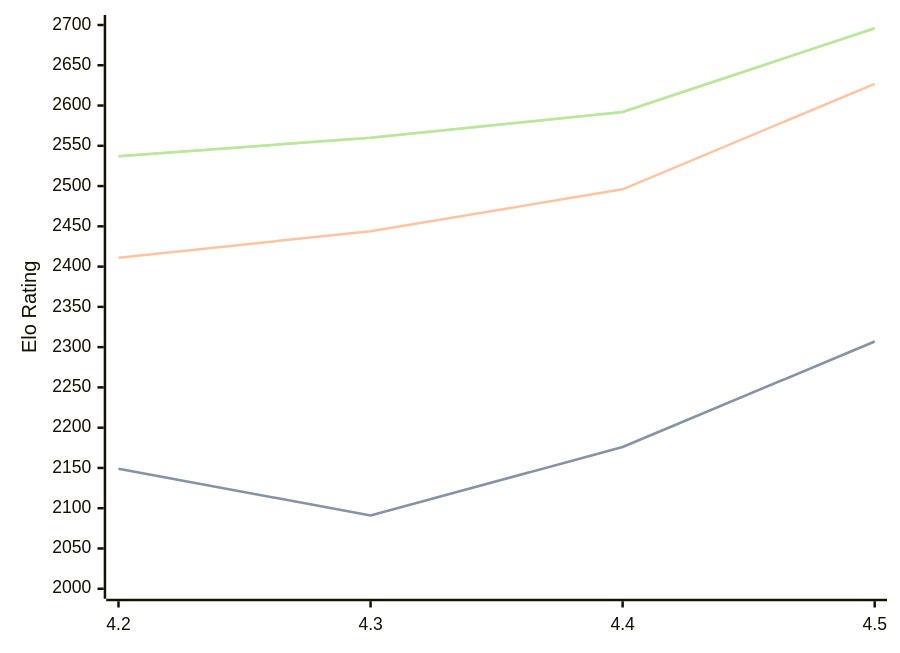
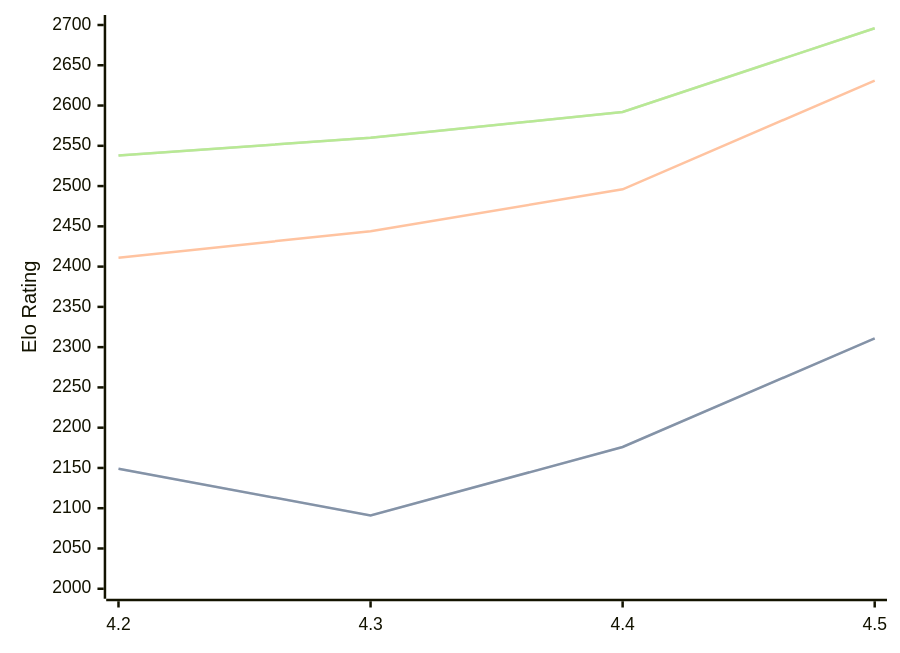
Before and after one commit to computer-chess-index/cci: the diagram in engines/Eubos.md, drawn with Mermaid. The commit also changed other lines of this file, not shown here.

Commit message:
Update CCI Ratings (ELO VLTC) - 2026-08-10

````diff
--- a/engines/Eubos.md
+++ b/engines/Eubos.md
@@ -34,11 +34,11 @@
 ```mermaid
 %%{init: {"theme":"base","themeVariables":{"seriesColors:['#a3a3a3','#222221','#faa371']}}}%%
 xychart-beta
   x-axis ["4.2", "4.3", "4.4", "4.5"]
   y-axis "Elo Rating" 2000 --> 2700
-  line "STC (8.0+0.08s)" [2149, 2091, 2176, 2307]
-  line "STC (8.0+0.08s)" [2149, 2091, 2176, 2307]
-  line "LTC (60.0+0.60s)" [2411, 2444, 2496, 2627]
-  line "VLTC (2m24s+1.12s)" [2537, 2560, 2592, 2696]
-  line "VLTC (2m24s+1.12s)" [2537, 2560, 2592, 2696]
+  line "STC (8.0+0.08s)" [2149, 2091, 2176, 2311]
+  line "STC (8.0+0.08s)" [2149, 2091, 2176, 2311]
+  line "LTC (60.0+0.60s)" [2411, 2444, 2496, 2631]
+  line "VLTC (2m24s+1.12s)" [2538, 2560, 2592, 2696]
+  line "VLTC (2m24s+1.12s)" [2538, 2560, 2592, 2696]
 ```
````
